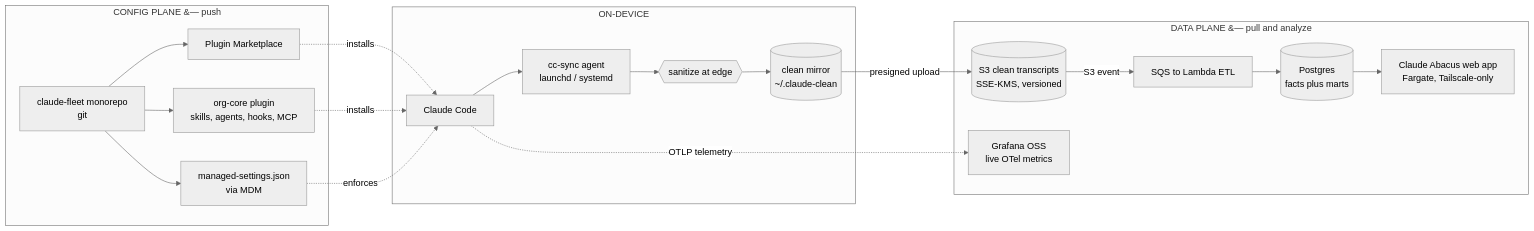
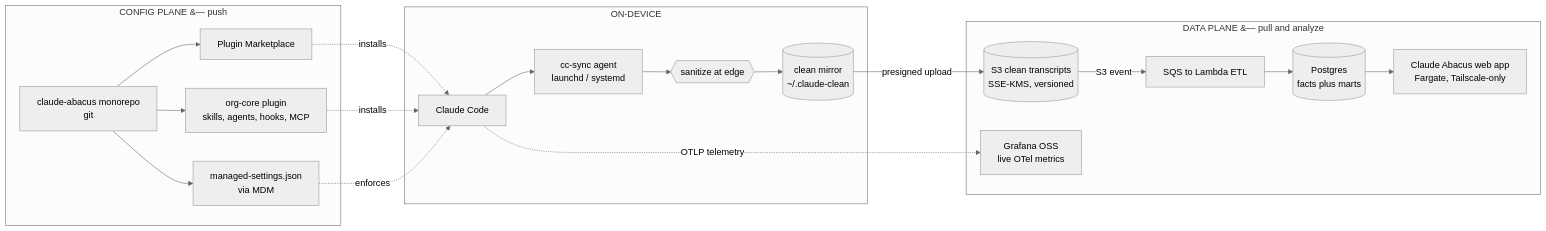
One commit to omars-lab/omars-lab.github.io changed the second of 5 diagrams in bytesofpurpose-blog/designs/2026-07-04-claude-abacus.mdx. Above: the diagram before and after it, drawn with Mermaid (neutral theme). The commit also changed other lines of this file and 1 other file, not shown here.

First line of the commit message:
fix(claude-abacus): purge the last fleet/fleetplane references

````diff
--- a/bytesofpurpose-blog/designs/2026-07-04-claude-abacus.mdx
+++ b/bytesofpurpose-blog/designs/2026-07-04-claude-abacus.mdx
@@ -124,37 +124,37 @@
 ```mermaid
 %% animate: flow
 graph LR
     subgraph config["CONFIG PLANE &#8212; push"]
-        REPO[claude-fleet monorepo<br/>git]
+        REPO[claude-abacus monorepo<br/>git]
         MKT[Plugin Marketplace]
         CORE[org-core plugin<br/>skills, agents, hooks, MCP]
         MGD[managed-settings.json<br/>via MDM]
         REPO --> MKT
         REPO --> CORE
         REPO --> MGD
     end
 
     subgraph laptop["ON-DEVICE"]
         CC[Claude Code]
         SYNC[cc-sync agent<br/>launchd / systemd]
         SAN{{sanitize at edge}}
         CLEAN[(clean mirror<br/>~/.claude-clean)]
         CC --> SYNC --> SAN --> CLEAN
     end
 
     subgraph cloud["DATA PLANE &#8212; pull and analyze"]
         S3[(S3 clean transcripts<br/>SSE-KMS, versioned)]
         ETL[SQS to Lambda ETL]
         PG[(Postgres<br/>facts plus marts)]
         APP[Claude Abacus web app<br/>Fargate, Tailscale-only]
         GRAF[Grafana OSS<br/>live OTel metrics]
     end
 
     MKT -.installs.-> CC
     CORE -.installs.-> CC
     MGD -.enforces.-> CC
     CLEAN -->|presigned upload| S3
     S3 -->|S3 event| ETL --> PG --> APP
     CC -.OTLP telemetry.-> GRAF
 
 ```
````
